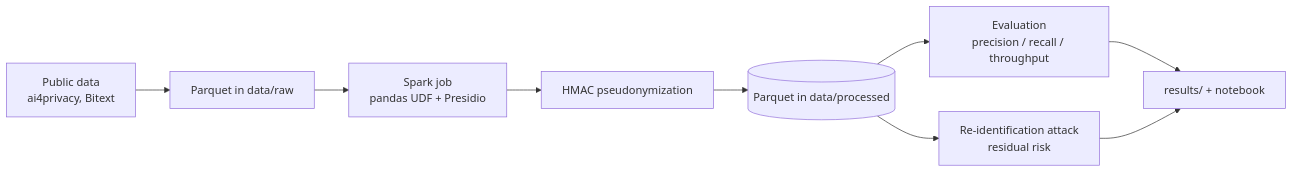
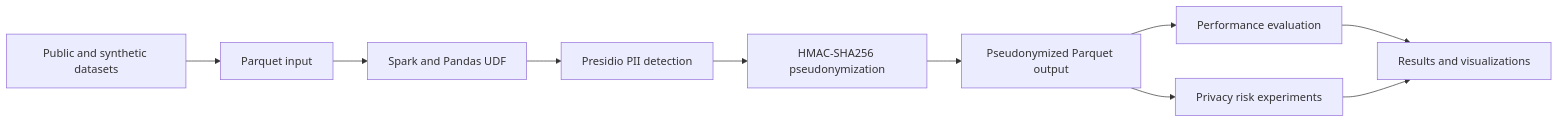
Before and after one commit to devikan0111/PII-Detection-and-Pseudonymization-Pipeline-BigData: the diagram in README.md, drawn with Mermaid. The commit also changed other lines of this file and 1 other file, not shown here.

````diff
--- a/README.md
+++ b/README.md
@@ -9,11 +18,12 @@
 ```mermaid
 flowchart LR
-  A[Public data<br/>ai4privacy, Bitext] --> B[Parquet in data/raw]
-  B --> C[Spark job<br/>pandas UDF + Presidio]
-  C --> D[HMAC pseudonymization]
-  D --> E[(Parquet in data/processed)]
-  E --> F[Evaluation<br/>precision / recall / throughput]
-  E --> G[Re-identification attack<br/>residual risk]
-  F --> H[results/ + notebook]
-  G --> H
+    A[Public and synthetic datasets] --> B[Parquet input]
+    B --> C[Spark and Pandas UDF]
+    C --> D[Presidio PII detection]
+    D --> E[HMAC-SHA256 pseudonymization]
+    E --> F[Pseudonymized Parquet output]
+    F --> G[Performance evaluation]
+    F --> H[Privacy risk experiments]
+    G --> I[Results and visualizations]
+    H --> I
 ```
````
